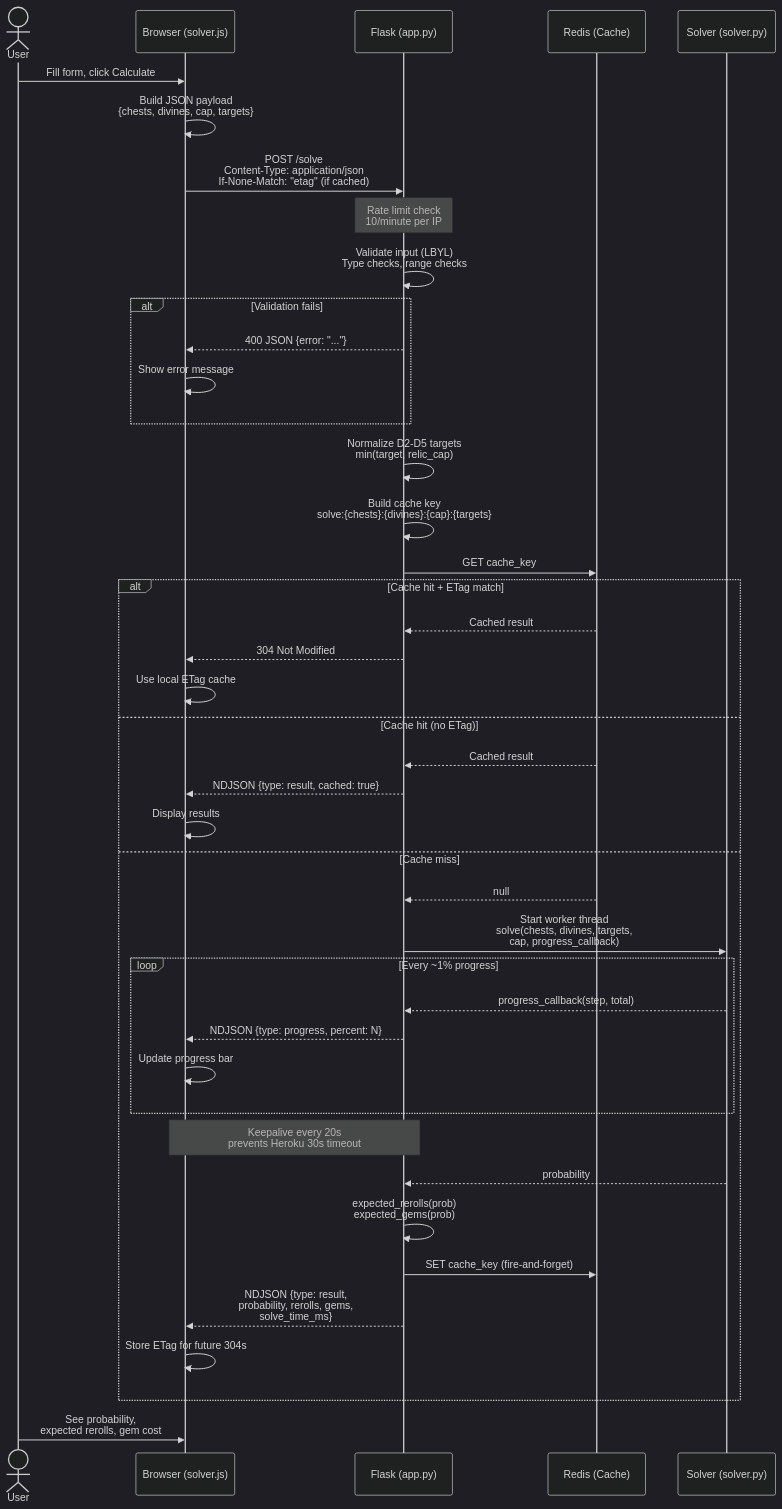
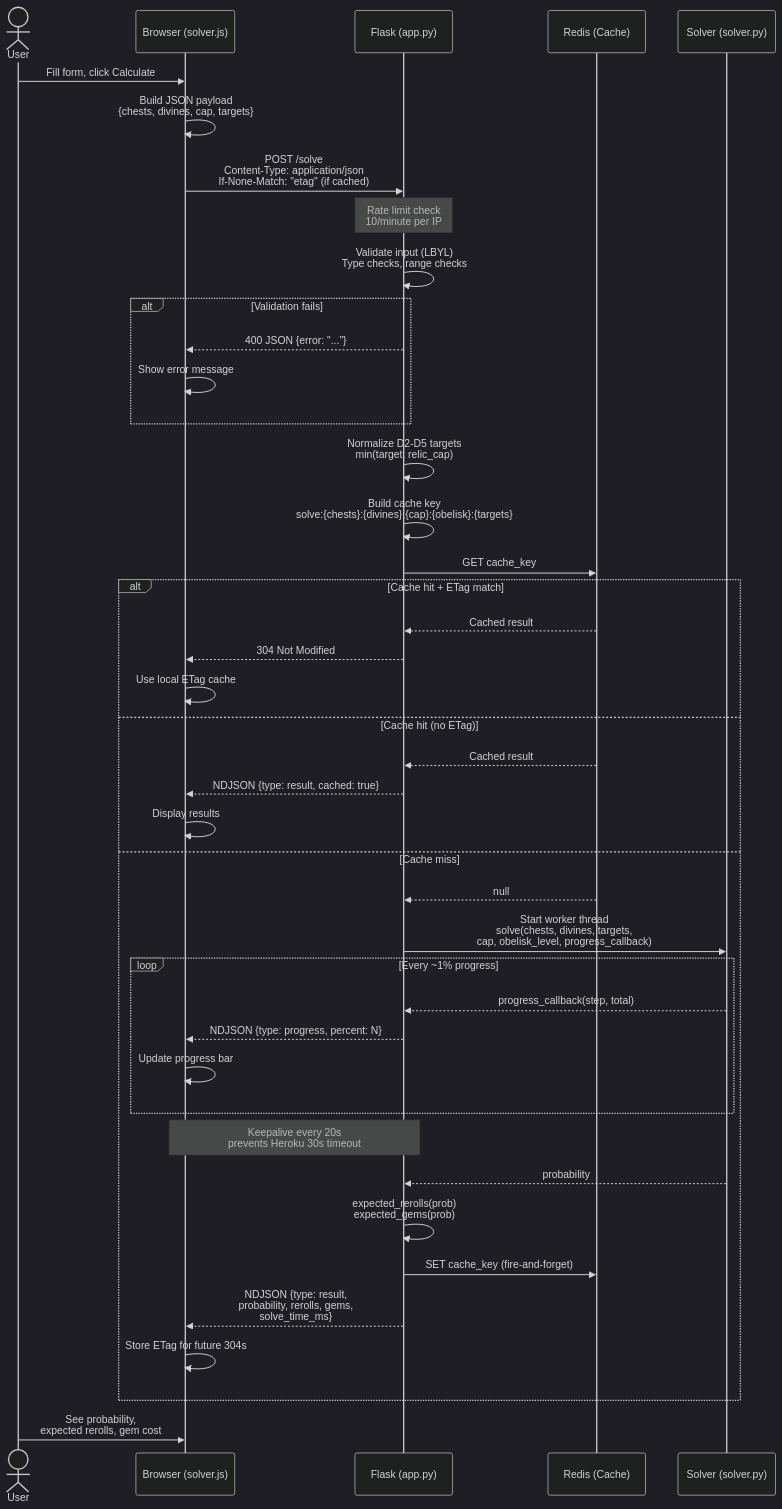
Before and after one commit to Rovetown/Relic-Solver: the sixth of 7 diagrams in README.md, drawn with Mermaid. The commit also changed other lines of this file and 28 other files, not shown here.

First line of the commit message:
feat: added obelisk level to unlock conditions for relics, changed the what's new dialog

````diff
--- a/README.md
+++ b/README.md
@@ -385,60 +411,60 @@
 ```mermaid
 %%{init: {'theme': 'dark'}}%%
 sequenceDiagram
     actor User
     participant Browser as Browser (solver.js)
     participant Flask as Flask (app.py)
     participant Redis as Redis (Cache)
     participant Solver as Solver (solver.py)
 
     User->>Browser: Fill form, click Calculate
     Browser->>Browser: Build JSON payload<br/>{chests, divines, cap, targets}
 
     Browser->>Flask: POST /solve<br/>Content-Type: application/json<br/>If-None-Match: "etag" (if cached)
 
     Note over Flask: Rate limit check<br/>10/minute per IP
 
     Flask->>Flask: Validate input (LBYL)<br/>Type checks, range checks
 
     alt Validation fails
         Flask-->>Browser: 400 JSON {error: "..."}
         Browser->>Browser: Show error message
     end
 
     Flask->>Flask: Normalize D2-D5 targets<br/>min(target, relic_cap)
-    Flask->>Flask: Build cache key<br/>solve:{chests}:{divines}:{cap}:{targets}
+    Flask->>Flask: Build cache key<br/>solve:{chests}:{divines}:{cap}:{obelisk}:{targets}
 
     Flask->>Redis: GET cache_key
 
     alt Cache hit + ETag match
         Redis-->>Flask: Cached result
         Flask-->>Browser: 304 Not Modified
         Browser->>Browser: Use local ETag cache
     else Cache hit (no ETag)
         Redis-->>Flask: Cached result
         Flask-->>Browser: NDJSON {type: result, cached: true}
         Browser->>Browser: Display results
     else Cache miss
         Redis-->>Flask: null
 
-        Flask->>Solver: Start worker thread<br/>solve(chests, divines, targets,<br/>cap, progress_callback)
+        Flask->>Solver: Start worker thread<br/>solve(chests, divines, targets,<br/>cap, obelisk_level, progress_callback)
 
         loop Every ~1% progress
             Solver-->>Flask: progress_callback(step, total)
             Flask-->>Browser: NDJSON {type: progress, percent: N}
             Browser->>Browser: Update progress bar
         end
 
         Note over Flask,Browser: Keepalive every 20s<br/>prevents Heroku 30s timeout
 
         Solver-->>Flask: probability
         Flask->>Flask: expected_rerolls(prob)<br/>expected_gems(prob)
 
         Flask->>Redis: SET cache_key (fire-and-forget)
 
         Flask-->>Browser: NDJSON {type: result,<br/>probability, rerolls, gems,<br/>solve_time_ms}
         Browser->>Browser: Store ETag for future 304s
     end
 
     User->>Browser: See probability,<br/>expected rerolls, gem cost
 ```
````
